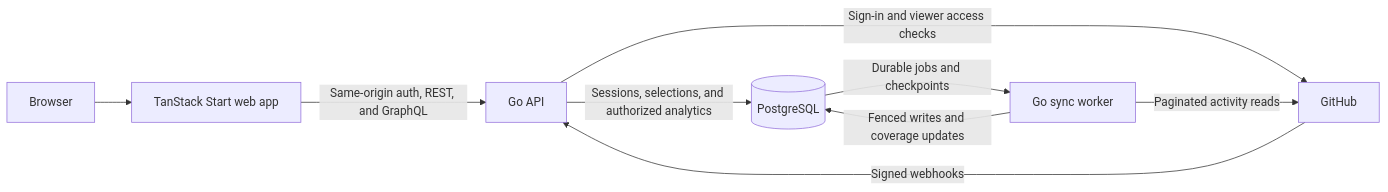
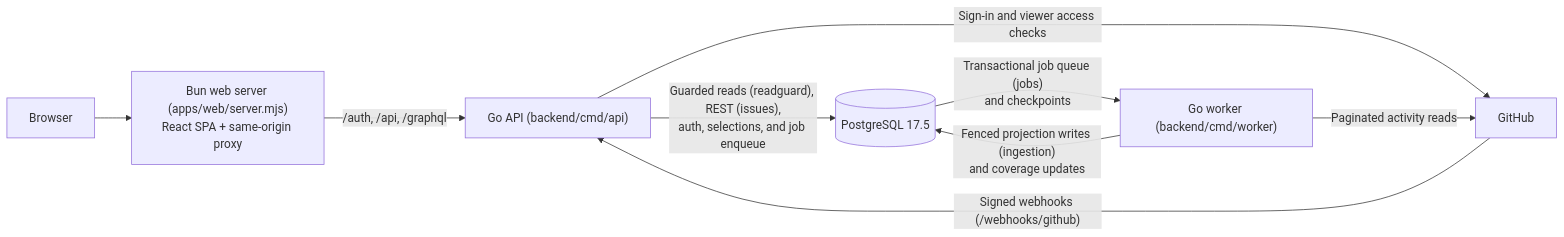
Before and after one commit to beboppincowboy/RepoOrbit: the diagram in README.md, drawn with Mermaid. The commit also changed other lines of this file, not shown here.

Commit message:
docs(readme): align architecture and development guide with current design

````diff
--- a/README.md
+++ b/README.md
@@ -15,11 +17,11 @@
 ```mermaid
 flowchart LR
-    Browser --> Web["TanStack Start web app"]
-    Web -->|"Same-origin auth, REST, and GraphQL"| API["Go API"]
-    API -->|"Sessions, selections, and authorized analytics"| DB[("PostgreSQL")]
+    Browser --> Web["Bun web server (apps/web/server.mjs)<br/>React SPA + same-origin proxy"]
+    Web -->|"/auth, /api, /graphql"| API["Go API (backend/cmd/api)"]
+    API -->|"Guarded reads (readguard), REST (issues),<br/>auth, selections, and job enqueue"| DB[("PostgreSQL 17.5")]
     API -->|"Sign-in and viewer access checks"| GitHub["GitHub"]
-    GitHub -->|"Signed webhooks"| API
-    DB -->|"Durable jobs and checkpoints"| Worker["Go sync worker"]
+    GitHub -->|"Signed webhooks (/webhooks/github)"| API
+    DB -->|"Transactional job queue (jobs)<br/>and checkpoints"| Worker["Go worker (backend/cmd/worker)"]
     Worker -->|"Paginated activity reads"| GitHub
-    Worker -->|"Fenced writes and coverage updates"| DB
+    Worker -->|"Fenced projection writes (ingestion)<br/>and coverage updates"| DB
 ```
````
